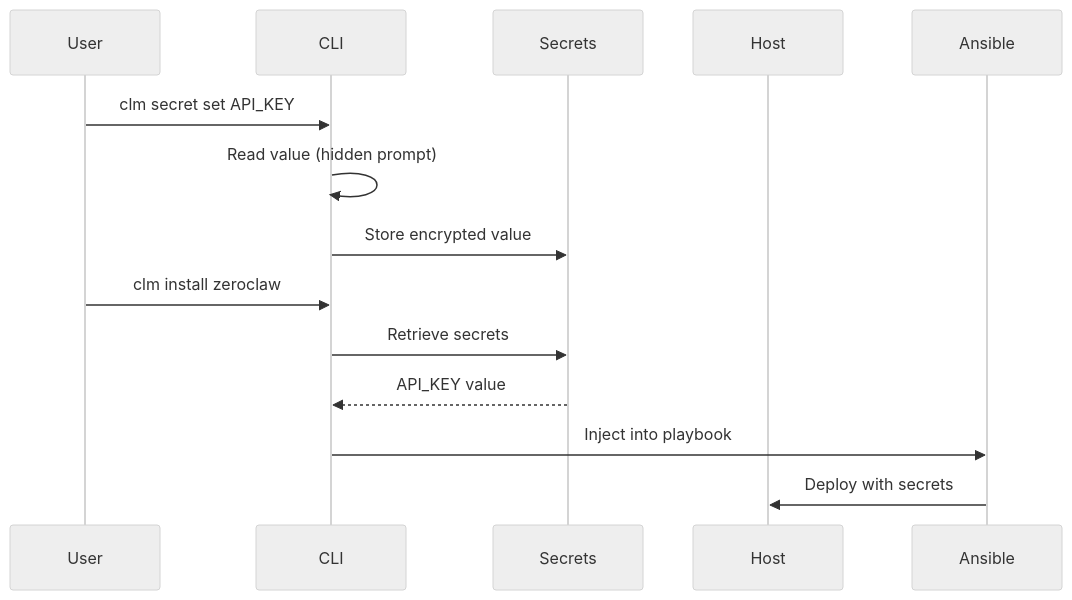
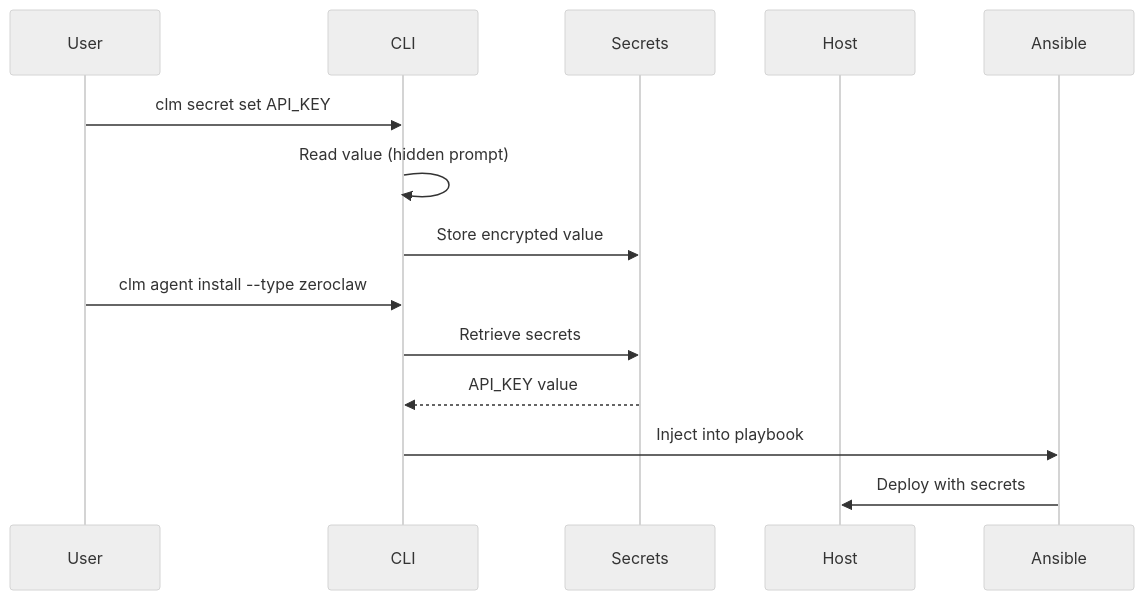
Before and after one commit to ric03uec/clawrium: the seventh of 8 diagrams in website/docs/architecture.md, drawn with Mermaid (neutral theme). The commit also changed other lines of this file and 4 other files, not shown here.

First line of the commit message:
docs(cli): replace deprecated clm install references

````diff
--- a/website/docs/architecture.md
+++ b/website/docs/architecture.md
@@ -257,16 +257,16 @@
 ```mermaid
 sequenceDiagram
     participant User
     participant CLI
     participant Secrets
     participant Host
 
     User->>CLI: clm secret set API_KEY
     CLI->>CLI: Read value (hidden prompt)
     CLI->>Secrets: Store encrypted value
-    User->>CLI: clm install zeroclaw
+    User->>CLI: clm agent install --type zeroclaw
     CLI->>Secrets: Retrieve secrets
     Secrets-->>CLI: API_KEY value
     CLI->>Ansible: Inject into playbook
     Ansible->>Host: Deploy with secrets
 ```
````
